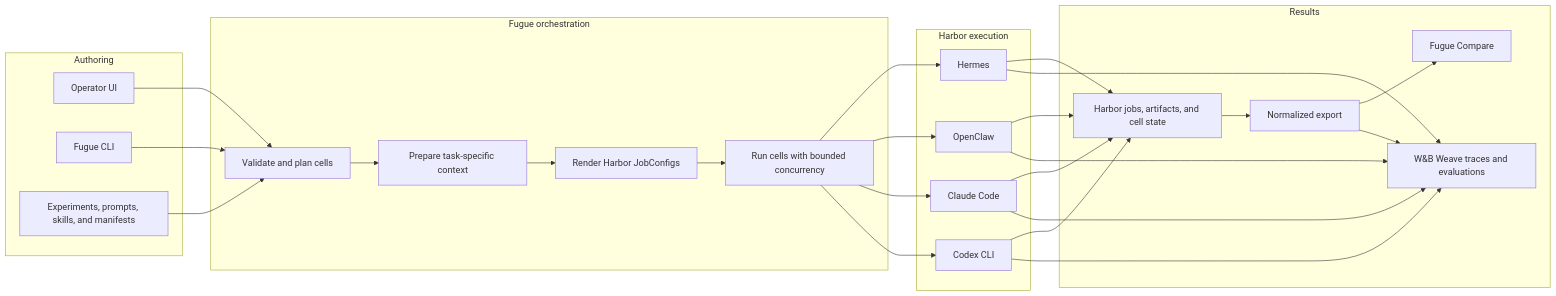
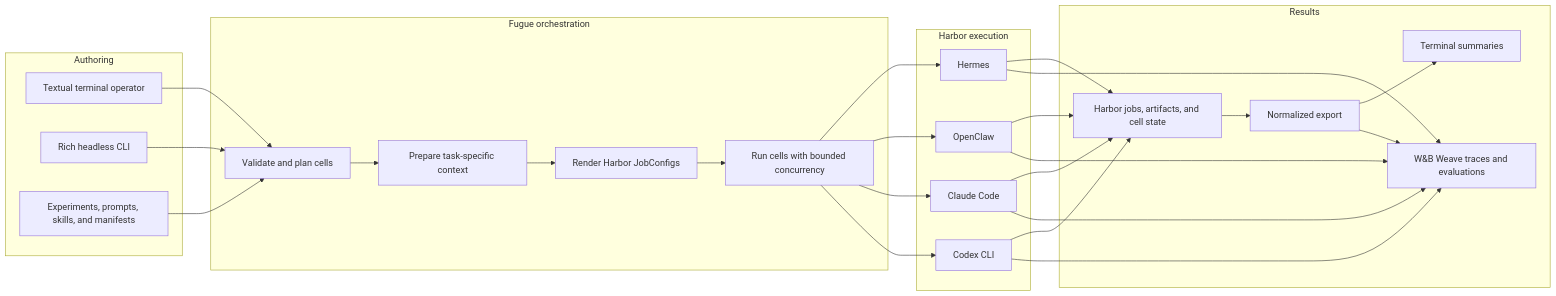
The first of 13 diagrams in README.md (ash0ts/fugue), drawn with Mermaid before and after one commit. The commit also changed other lines of this file and 41 other files, not shown here.

````diff
--- a/README.md
+++ b/README.md
@@ -25,48 +25,48 @@
 ```mermaid
 flowchart LR
     subgraph authoring["Authoring"]
-        UI["Operator UI"]
-        CLI["Fugue CLI"]
+        UI["Textual terminal operator"]
+        CLI["Rich headless CLI"]
         CONFIG["Experiments, prompts, skills, and manifests"]
     end
 
     subgraph orchestration["Fugue orchestration"]
         PLAN["Validate and plan cells"]
         CONTEXT["Prepare task-specific context"]
         RENDER["Render Harbor JobConfigs"]
         RUN["Run cells with bounded concurrency"]
     end
 
     subgraph execution["Harbor execution"]
         HERMES["Hermes"]
         OPENCLAW["OpenClaw"]
         CLAUDE["Claude Code"]
         CODEX["Codex CLI"]
     end
 
     subgraph outputs["Results"]
         LOCAL["Harbor jobs, artifacts, and cell state"]
         EXPORT["Normalized export"]
         WEAVE["W&B Weave traces and evaluations"]
-        COMPARE["Fugue Compare"]
+        COMPARE["Terminal summaries"]
     end
 
     UI --> PLAN
     CLI --> PLAN
     CONFIG --> PLAN
     PLAN --> CONTEXT --> RENDER --> RUN
     RUN --> HERMES
     RUN --> OPENCLAW
     RUN --> CLAUDE
     RUN --> CODEX
     HERMES --> LOCAL
     OPENCLAW --> LOCAL
     CLAUDE --> LOCAL
     CODEX --> LOCAL
     LOCAL --> EXPORT --> COMPARE
     EXPORT --> WEAVE
     HERMES --> WEAVE
     OPENCLAW --> WEAVE
     CLAUDE --> WEAVE
     CODEX --> WEAVE
 ```
````
